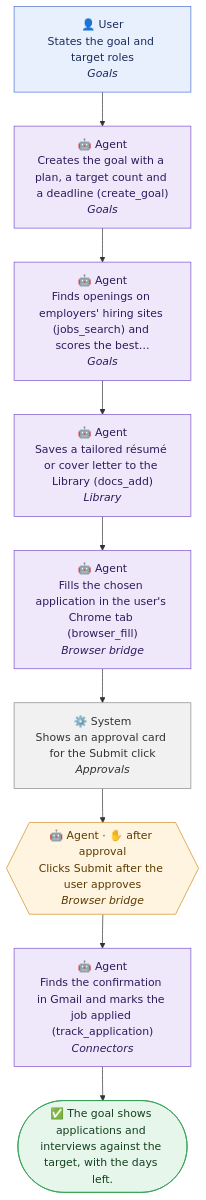
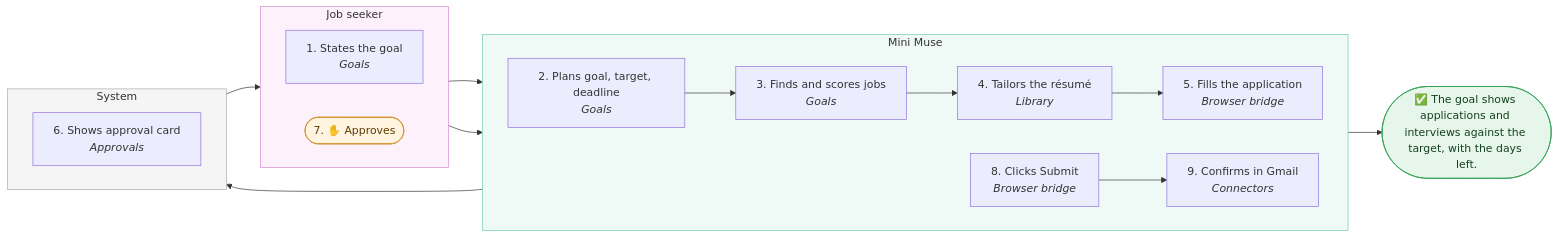
Before and after one commit to lngsa1234/mini-muse-mvp: the first of 6 diagrams in docs/product/baseline.md, drawn with Mermaid. The commit also changed other lines of this file and 1 other file, not shown here.

First line of the commit message:
docs: journeys as swimlanes in the product baseline (AgentForge plugin 0.4.2)

````diff
--- a/docs/product/baseline.md
+++ b/docs/product/baseline.md
@@ -53,34 +53,38 @@
 ```mermaid
-flowchart TD
-  s1["👤 User<br/>States the goal and target roles<br/><i>Goals</i>"]
-  class s1 user
-  s2["🤖 Agent<br/>Creates the goal with a plan, a target count and a deadline (create_goal)<br/><i>Goals</i>"]
-  class s2 agent
+flowchart LR
+  subgraph user_lane["Job seeker"]
+    direction LR
+    s1["1. States the goal<br/><i>Goals</i>"]
+    s7(["7. ✋ Approves"])
+  end
+  subgraph agent_lane["Mini Muse"]
+    direction LR
+    s2["2. Plans goal, target, deadline<br/><i>Goals</i>"]
+    s3["3. Finds and scores jobs<br/><i>Goals</i>"]
+    s4["4. Tailors the résumé<br/><i>Library</i>"]
+    s5["5. Fills the application<br/><i>Browser bridge</i>"]
+    s8["8. Clicks Submit<br/><i>Browser bridge</i>"]
+    s9["9. Confirms in Gmail<br/><i>Connectors</i>"]
+  end
+  subgraph system_lane["System"]
+    direction LR
+    s6["6. Shows approval card<br/><i>Approvals</i>"]
+  end
   s1 --> s2
-  s3["🤖 Agent<br/>Finds openings on employers' hiring sites (jobs_search) and scores the best…<br/><i>Goals</i>"]
-  class s3 agent
   s2 --> s3
-  s4["🤖 Agent<br/>Saves a tailored résumé or cover letter to the Library (docs_add)<br/><i>Library</i>"]
-  class s4 agent
   s3 --> s4
-  s5["🤖 Agent<br/>Fills the chosen application in the user's Chrome tab (browser_fill)<br/><i>Browser bridge</i>"]
-  class s5 agent
   s4 --> s5
-  s6["⚙️ System<br/>Shows an approval card for the Submit click<br/><i>Approvals</i>"]
-  class s6 system
   s5 --> s6
-  s7{{"🤖 Agent · ✋ after approval<br/>Clicks Submit after the user approves<br/><i>Browser bridge</i>"}}
-  class s7 approval
   s6 --> s7
-  s8["🤖 Agent<br/>Finds the confirmation in Gmail and marks the job applied (track_application)<br/><i>Connectors</i>"]
-  class s8 agent
   s7 --> s8
+  s8 --> s9
   done(["✅ The goal shows applications and interviews against the target, with the days left."])
-  s8 --> done
-  class done outcome
-  classDef user fill:#e8f0fe,stroke:#4a6fd1,color:#1a2b5c
-  classDef agent fill:#efe8fb,stroke:#7a4fd1,color:#2e1a5c
-  classDef system fill:#f1f1f1,stroke:#888,color:#333
+  s9 --> done
   classDef approval fill:#fff4e0,stroke:#d18a1f,color:#5c3a00
   classDef outcome fill:#e6f6ea,stroke:#2f9e4f,color:#14401f
+  style user_lane fill:#fdf2fb,stroke:#d58ad0
+  style agent_lane fill:#effaf7,stroke:#6cc9b4
+  style system_lane fill:#f5f5f5,stroke:#aaa
+  class s7 approval
+  class done outcome
 ```
````
